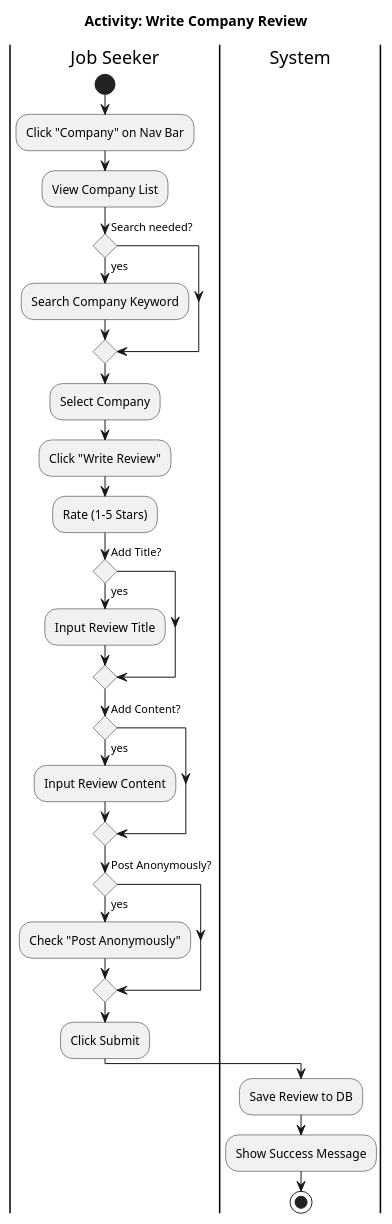
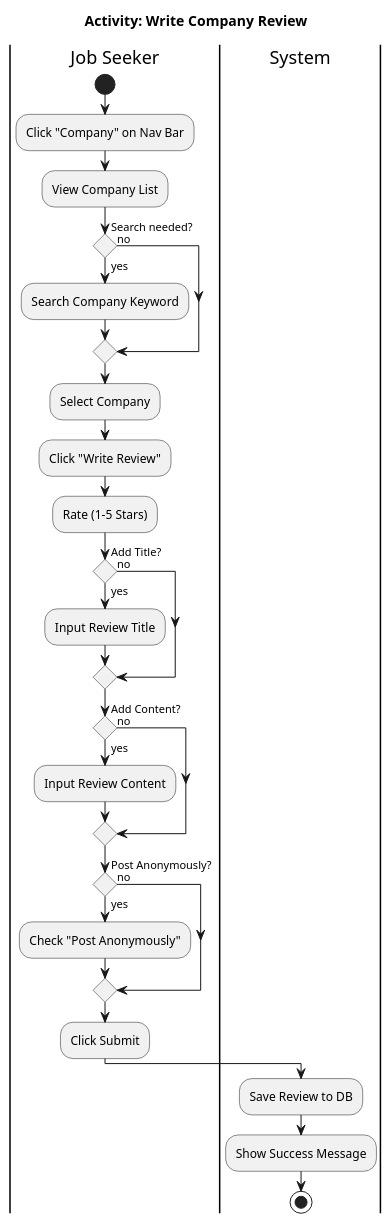
Before and after one commit to czefenglim/blue-collar-job-portal: the diagram in docs/activity-write-review.puml, drawn with PlantUML. The commit also changed other lines of this file and 91 other files, not shown here.

```diff
--- a/docs/activity-write-review.puml
+++ b/docs/activity-write-review.puml
@@ -1,28 +1,32 @@
 @startuml UC_WriteReview
 skinparam conditionStyle diamond
 title Activity: Write Company Review
 |Job Seeker|
 start
 :Click "Company" on Nav Bar;
 :View Company List;
 if (Search needed?) then (yes)
   :Search Company Keyword;
+else (no)
 endif
 :Select Company;
 :Click "Write Review";
 :Rate (1-5 Stars);
 if (Add Title?) then (yes)
   :Input Review Title;
+else (no)
 endif
 if (Add Content?) then (yes)
   :Input Review Content;
+else (no)
 endif
 if (Post Anonymously?) then (yes)
   :Check "Post Anonymously";
+else (no)
 endif
 :Click Submit;
 |System|
 :Save Review to DB;
 :Show Success Message;
 stop
 @enduml
```
